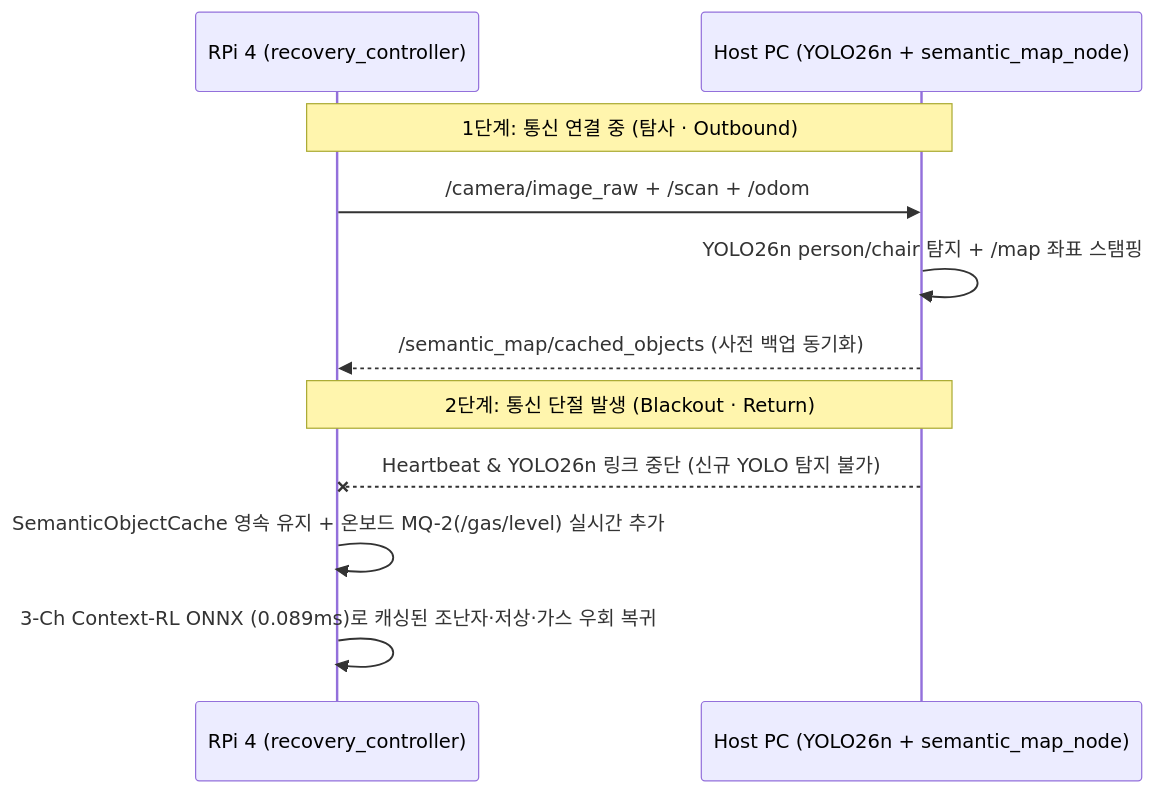
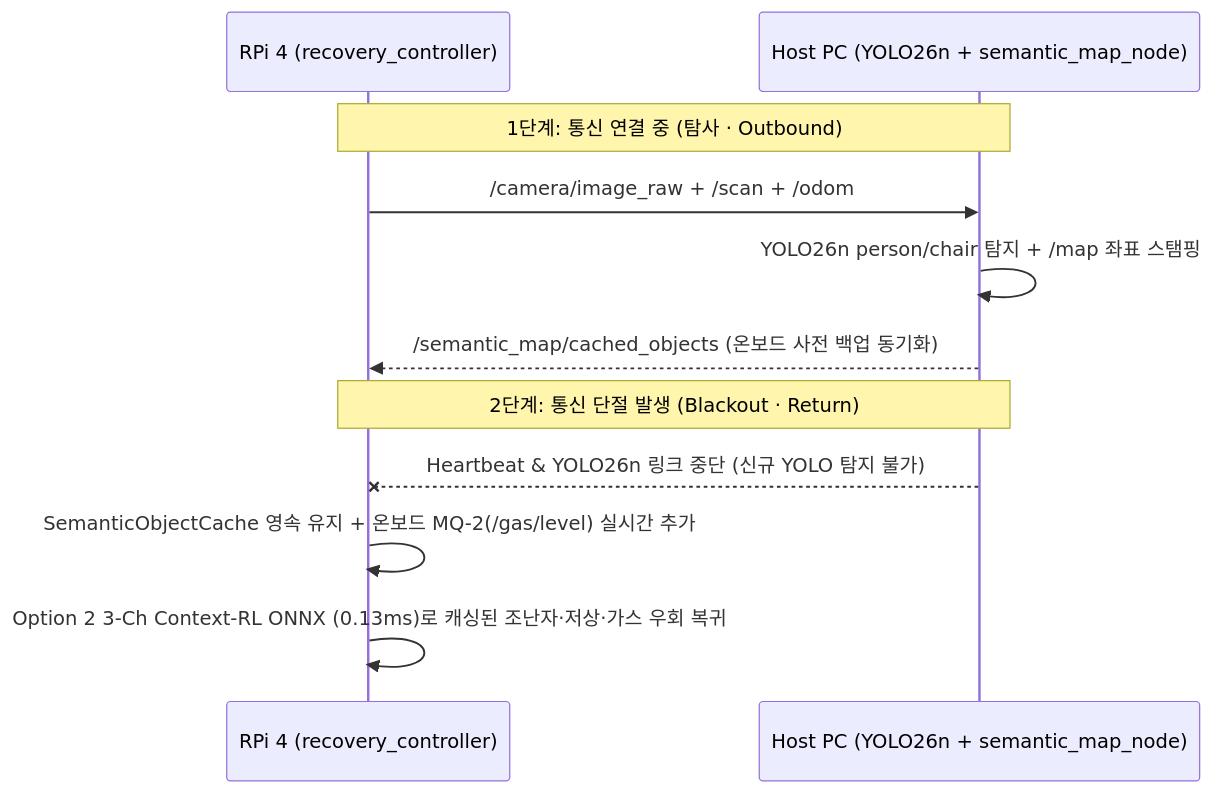
One commit to rjw136-lab/disaster_recovery_ws changed the fourth of 4 diagrams in README.md. Above: the diagram before and after it, drawn with Mermaid. The commit also changed other lines of this file and 55 other files, not shown here.

````diff
--- a/README.md
+++ b/README.md
@@ -376,13 +303,13 @@
 ```mermaid
 sequenceDiagram
     participant Robot as RPi 4 (recovery_controller)
     participant Host as Host PC (YOLO26n + semantic_map_node)
     Note over Robot,Host: 1단계: 통신 연결 중 (탐사 · Outbound)
     Robot->>Host: /camera/image_raw + /scan + /odom
     Host->>Host: YOLO26n person/chair 탐지 + /map 좌표 스탬핑
-    Host-->>Robot: /semantic_map/cached_objects (사전 백업 동기화)
+    Host-->>Robot: /semantic_map/cached_objects (온보드 사전 백업 동기화)
     Note over Robot,Host: 2단계: 통신 단절 발생 (Blackout · Return)
     Host--xRobot: Heartbeat & YOLO26n 링크 중단 (신규 YOLO 탐지 불가)
     Robot->>Robot: SemanticObjectCache 영속 유지 + 온보드 MQ-2(/gas/level) 실시간 추가
-    Robot->>Robot: 3-Ch Context-RL ONNX (0.089ms)로 캐싱된 조난자·저상·가스 우회 복귀
+    Robot->>Robot: Option 2 3-Ch Context-RL ONNX (0.13ms)로 캐싱된 조난자·저상·가스 우회 복귀
 ```
````
